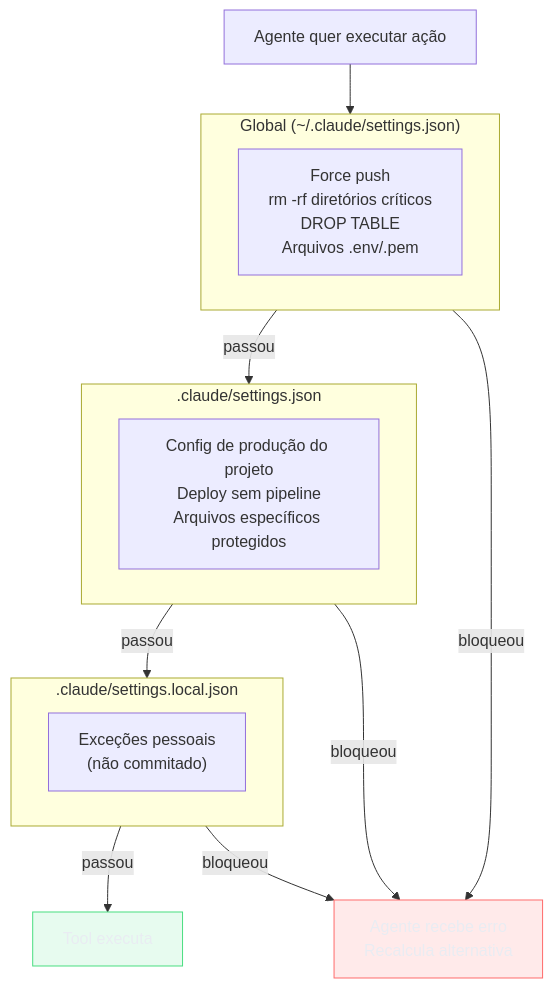
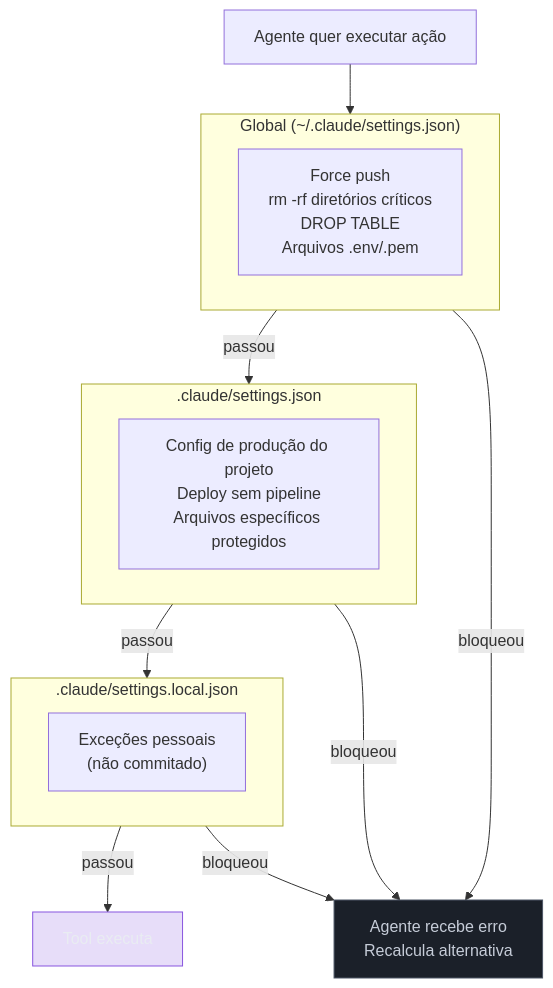
Before and after one commit to josenaldo/codex-technomanticus: the diagram in 03-Dominios/Tecnologia/IA/Claude Code/Hooks e Guardrails/05 - Guardrails.md, drawn with Mermaid. The commit also changed 601 other files, not shown here.

````diff
--- a/03-Dominios/Tecnologia/IA/Claude Code/Hooks e Guardrails/05 - Guardrails.md
+++ b/03-Dominios/Tecnologia/IA/Claude Code/Hooks e Guardrails/05 - Guardrails.md
@@ -246,30 +246,30 @@
 ```mermaid
 flowchart TD
-    classDef falha fill:#FF6B6B24,stroke:#FF6B6B,color:#E9ECF2
-    classDef ok fill:#4ADE8021,stroke:#4ADE80,color:#E9ECF2
+    classDef marca fill:#8855DF33,stroke:#8855DF,color:#E9ECF2
+    classDef neutro fill:#1B2029,stroke:#4E5666,color:#C6CCD8
     Action["Agente quer executar ação"]
 
     subgraph Global["Global (~/.claude/settings.json)"]
         G1["Force push\nrm -rf diretórios críticos\nDROP TABLE\nArquivos .env/.pem"]
     end
 
     subgraph Project[".claude/settings.json"]
         P1["Config de produção do projeto\nDeploy sem pipeline\nArquivos específicos protegidos"]
     end
 
     subgraph Local[".claude/settings.local.json"]
         L1["Exceções pessoais\n(não commitado)"]
     end
 
     Action --> Global
     Global -- "passou" --> Project
     Project -- "passou" --> Local
     Local -- "passou" --> Execute["Tool executa"]
 
     Global -- "bloqueou" --> Block["Agente recebe erro\nRecalcula alternativa"]
     Project -- "bloqueou" --> Block
     Local -- "bloqueou" --> Block
 
-    class Block falha
-    class Execute ok
+    class Block neutro
+    class Execute marca
 ```
````
